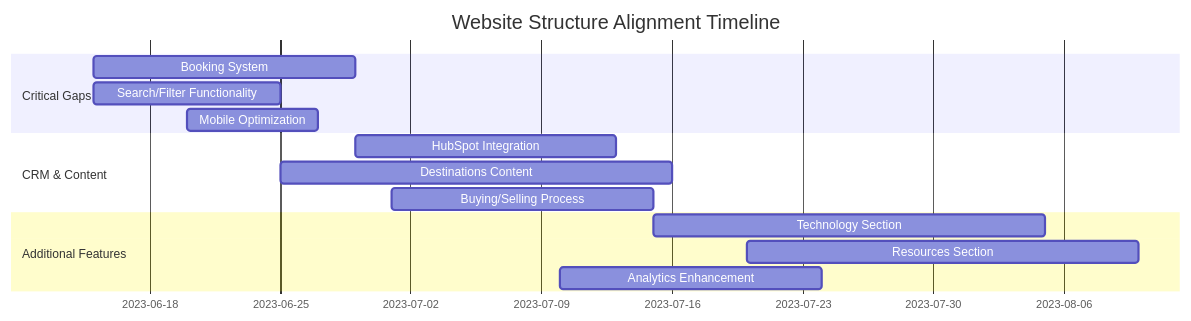
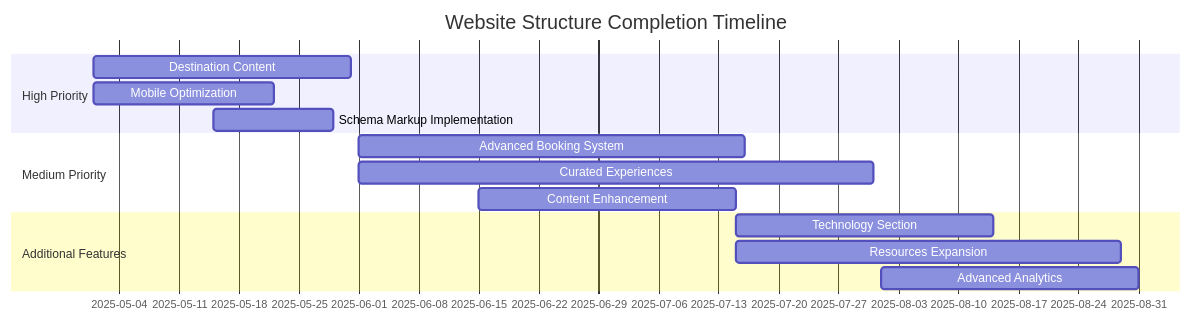
The diagram in docs/WEBSITE_STRUCTURE_ALIGNMENT.md (szemkoff/azurecharters), drawn with Mermaid before and after one commit. The commit also changed other lines of this file and 2 other files, not shown here.

Commit message:
Update business model, website structure alignment, and yacht data import documentation

````diff
--- a/docs/WEBSITE_STRUCTURE_ALIGNMENT.md
+++ b/docs/WEBSITE_STRUCTURE_ALIGNMENT.md
@@ -137,17 +137,17 @@
 ```mermaid
 gantt
-    title Website Structure Alignment Timeline
+    title Website Structure Completion Timeline
     dateFormat  YYYY-MM-DD
-    section Critical Gaps
-    Booking System           :a1, 2023-06-15, 14d
-    Search/Filter Functionality :a2, 2023-06-15, 10d
-    Mobile Optimization      :a3, 2023-06-20, 7d
-    section CRM & Content
-    HubSpot Integration      :b1, 2023-06-29, 14d
-    Destinations Content     :b2, 2023-06-25, 21d
-    Buying/Selling Process   :b3, 2023-07-01, 14d
+    section High Priority
+    Destination Content           :a1, 2025-05-01, 30d
+    Mobile Optimization      :a2, 2025-05-01, 21d
+    Schema Markup Implementation      :a3, 2025-05-15, 14d
+    section Medium Priority
+    Advanced Booking System      :b1, 2025-06-01, 45d
+    Curated Experiences     :b2, 2025-06-01, 60d
+    Content Enhancement   :b3, 2025-06-15, 30d
     section Additional Features
-    Technology Section       :c1, 2023-07-15, 21d
-    Resources Section        :c2, 2023-07-20, 21d
-    Analytics Enhancement    :c3, 2023-07-10, 14d
+    Technology Section       :c1, 2025-07-15, 30d
+    Resources Expansion        :c2, 2025-07-15, 45d
+    Advanced Analytics    :c3, 2025-08-01, 30d
 ```
````
